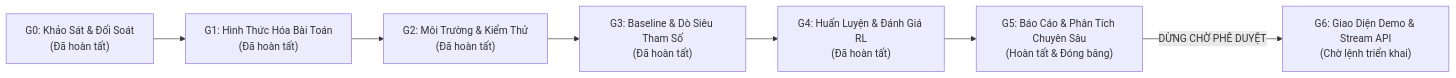
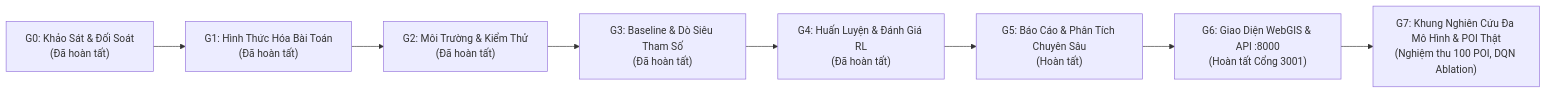
Before and after one commit to philipsgn/HotWAY: the first of 2 diagrams in PLAN.md, drawn with Mermaid. The commit also changed other lines of this file and 9 other files, not shown here.

Commit message:
docs(sync-v7.2.0): upgrade 100 POI benchmark to production logistics hubs, sync AGENTS.md, PRD, PLAN, ARCHITECTURE, and 7-day sprint roadmap

````diff
--- a/PLAN.md
+++ b/PLAN.md
@@ -12,9 +12,10 @@
 ```mermaid
 flowchart LR
     G0["G0: Khảo Sát & Đối Soát\n(Đã hoàn tất)"] --> G1["G1: Hình Thức Hóa Bài Toán\n(Đã hoàn tất)"]
     G1 --> G2["G2: Môi Trường & Kiểm Thử\n(Đã hoàn tất)"]
     G2 --> G3["G3: Baseline & Dò Siêu Tham Số\n(Đã hoàn tất)"]
     G3 --> G4["G4: Huấn Luyện & Đánh Giá RL\n(Đã hoàn tất)"]
-    G4 --> G5["G5: Báo Cáo & Phân Tích Chuyên Sâu\n(Hoàn tất & Đóng băng)"]
-    G5 -->|DỪNG CHỜ PHÊ DUYỆT| G6["G6: Giao Diện Demo & Stream API\n(Chờ lệnh triển khai)"]
+    G4 --> G5["G5: Báo Cáo & Phân Tích Chuyên Sâu\n(Hoàn tất)"]
+    G5 --> G6["G6: Giao Diện WebGIS & API :8000\n(Hoàn tất Cổng 3001)"]
+    G6 --> G7["G7: Khung Nghiên Cứu Đa Mô Hình & POI Thật\n(Nghiệm thu 100 POI, DQN Ablation)"]
 ```
````
